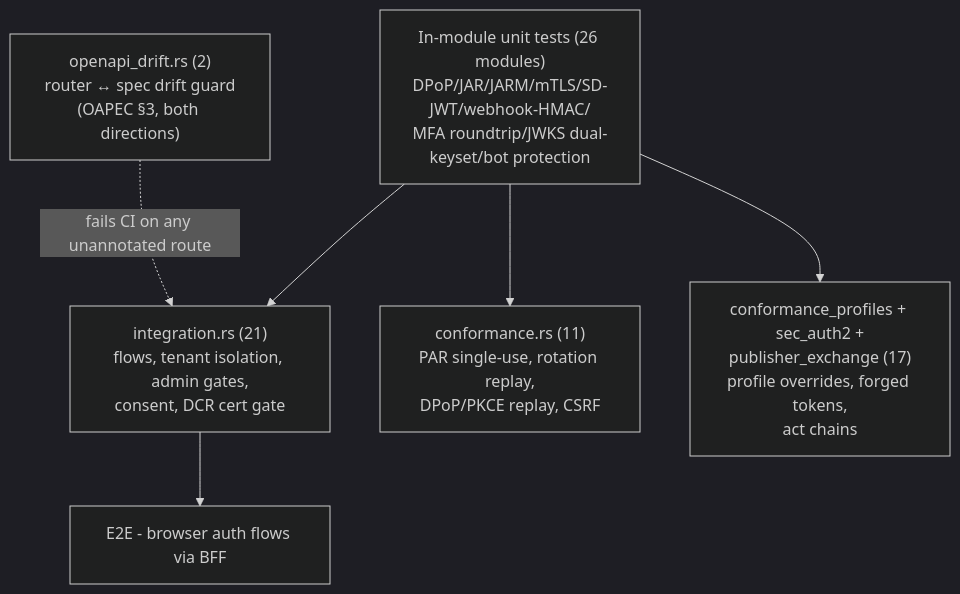
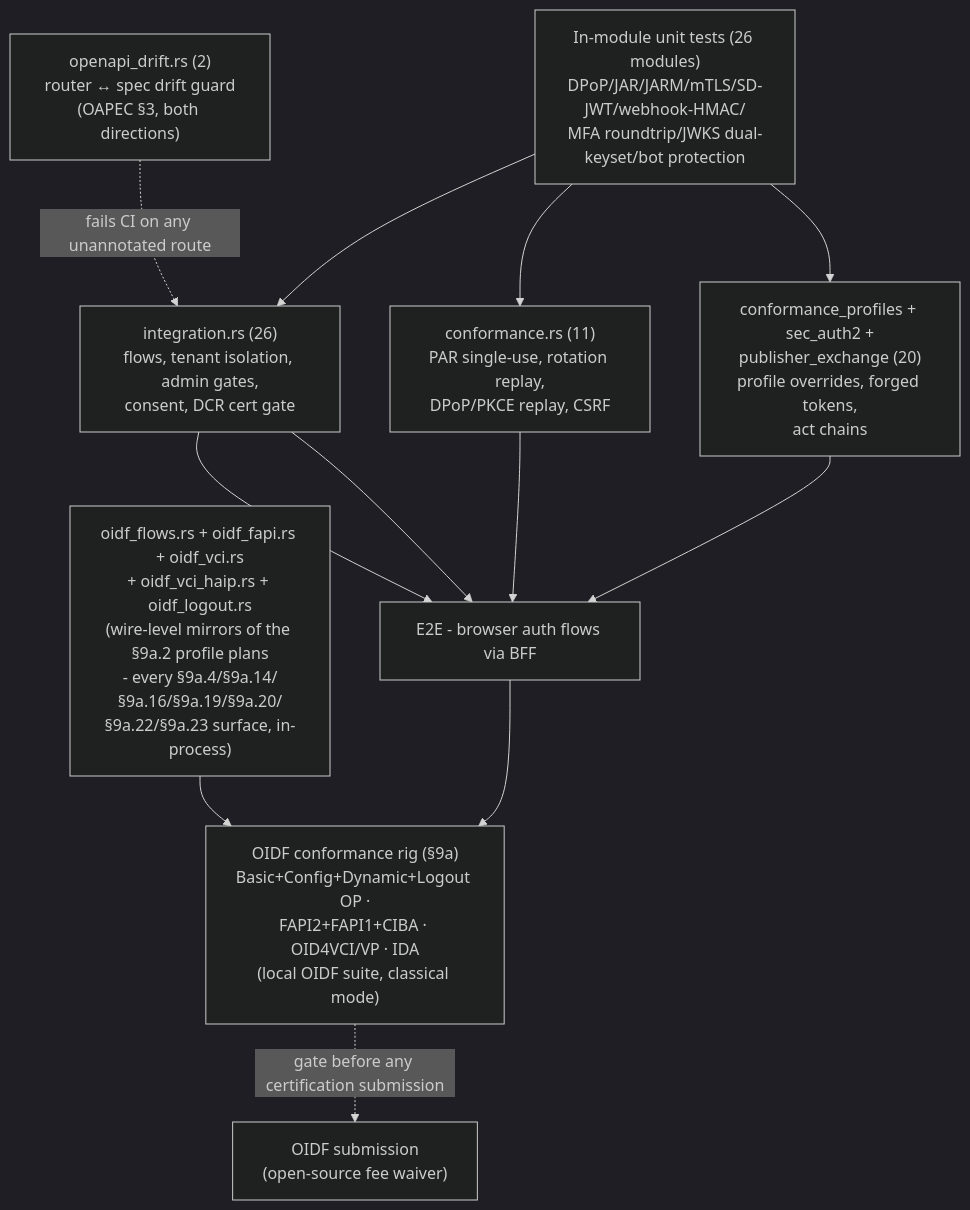
Before and after one commit to Sentin8/sentin8-site: diagram 12 of 19 in docs/services/auth/design.md, drawn with Mermaid (dark theme). The commit also changed other lines of this file and 28 other files, not shown here.

````diff
--- a/docs/services/auth/design.md
+++ b/docs/services/auth/design.md
@@ -620,12 +629,18 @@
 ```mermaid
 graph TD
     U["In-module unit tests (26 modules)<br/>DPoP/JAR/JARM/mTLS/SD-JWT/webhook-HMAC/<br/>MFA roundtrip/JWKS dual-keyset/bot protection"]
-    I1["integration.rs (21)<br/>flows, tenant isolation, admin gates,<br/>consent, DCR cert gate"]
+    I1["integration.rs (26)<br/>flows, tenant isolation, admin gates,<br/>consent, DCR cert gate"]
     OG["openapi_drift.rs (2)<br/>router ↔ spec drift guard<br/>(OAPEC §3, both directions)"]
     I2["conformance.rs (11)<br/>PAR single-use, rotation replay,<br/>DPoP/PKCE replay, CSRF"]
-    I3["conformance_profiles + sec_auth2 +<br/>publisher_exchange (17)<br/>profile overrides, forged tokens,<br/>act chains"]
+    I3["conformance_profiles + sec_auth2 +<br/>publisher_exchange (20)<br/>profile overrides, forged tokens,<br/>act chains"]
+    W["oidf_flows.rs + oidf_fapi.rs + oidf_vci.rs<br/>+ oidf_vci_haip.rs + oidf_logout.rs<br/>(wire-level mirrors of the §9a.2 profile plans<br/>- every §9a.4/§9a.14/§9a.16/§9a.19/§9a.20/<br/>§9a.22/§9a.23 surface, in-process)"]
+    C["OIDF conformance rig (§9a)<br/>Basic+Config+Dynamic+Logout OP ·<br/>FAPI2+FAPI1+CIBA · OID4VCI/VP · IDA<br/>(local OIDF suite, classical mode)"]
     E["E2E - browser auth flows via BFF"]
     U --> I1 & I2 & I3
     OG -.fails CI on any unannotated route.-> I1
     I1 --> E
+    W --> C
+    I1 & I2 & I3 --> E
+    E --> C
+    C -.gate before any certification submission.-> SUB["OIDF submission<br/>(open-source fee waiver)"]
 ```
````
